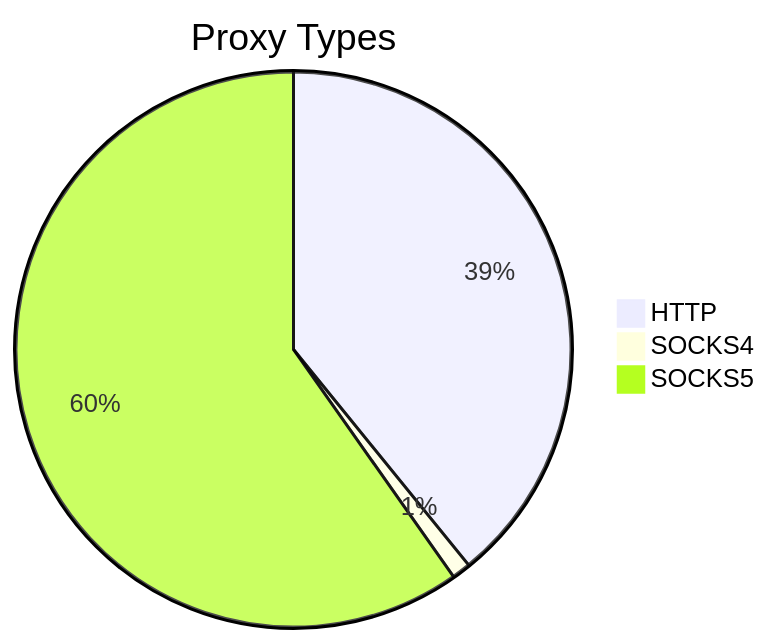
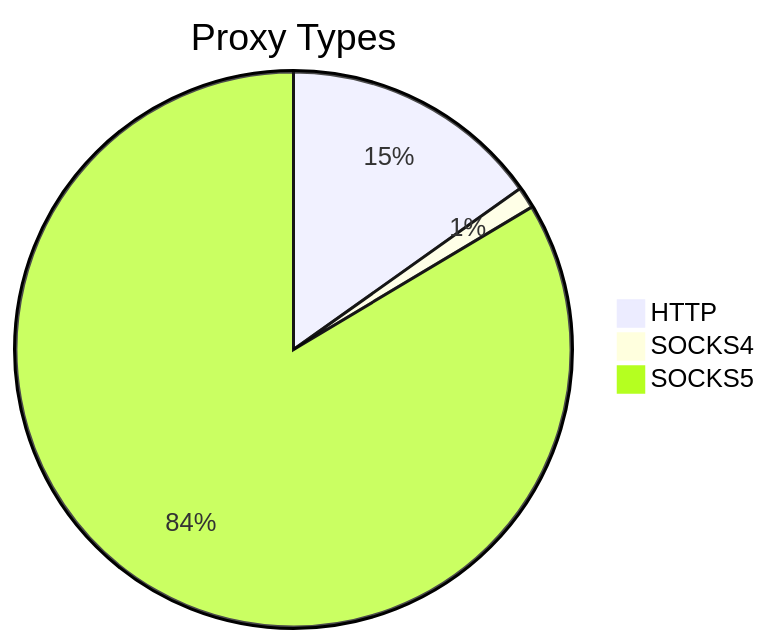
Before and after one commit to stormsia/proxy-list: the first of 2 diagrams in README.md, drawn with Mermaid. The commit also changed other lines of this file, not shown here.

````diff
--- a/README.md
+++ b/README.md
@@ -21,6 +21,6 @@
 ```mermaid
 pie title Proxy Types
-    "HTTP" : 539
-    "SOCKS4" : 15
-    "SOCKS5" : 823
+    "HTTP" : 157
+    "SOCKS4" : 13
+    "SOCKS5" : 865
 ```
````
